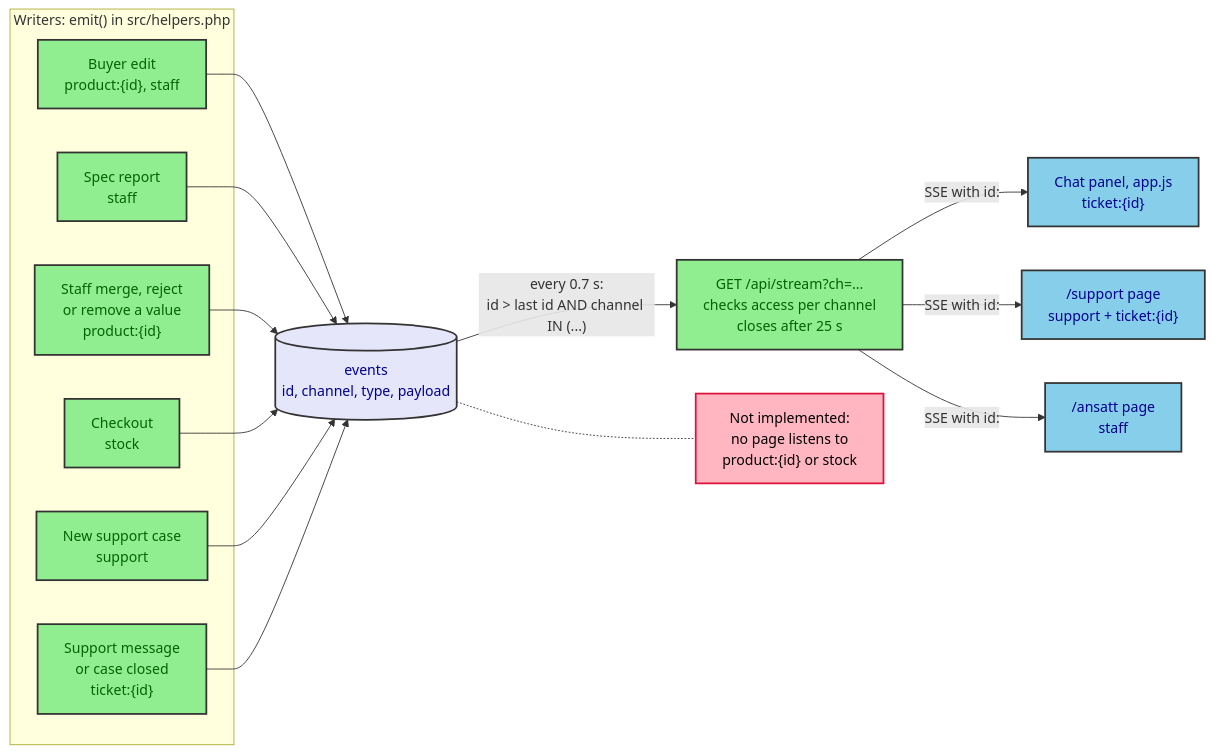
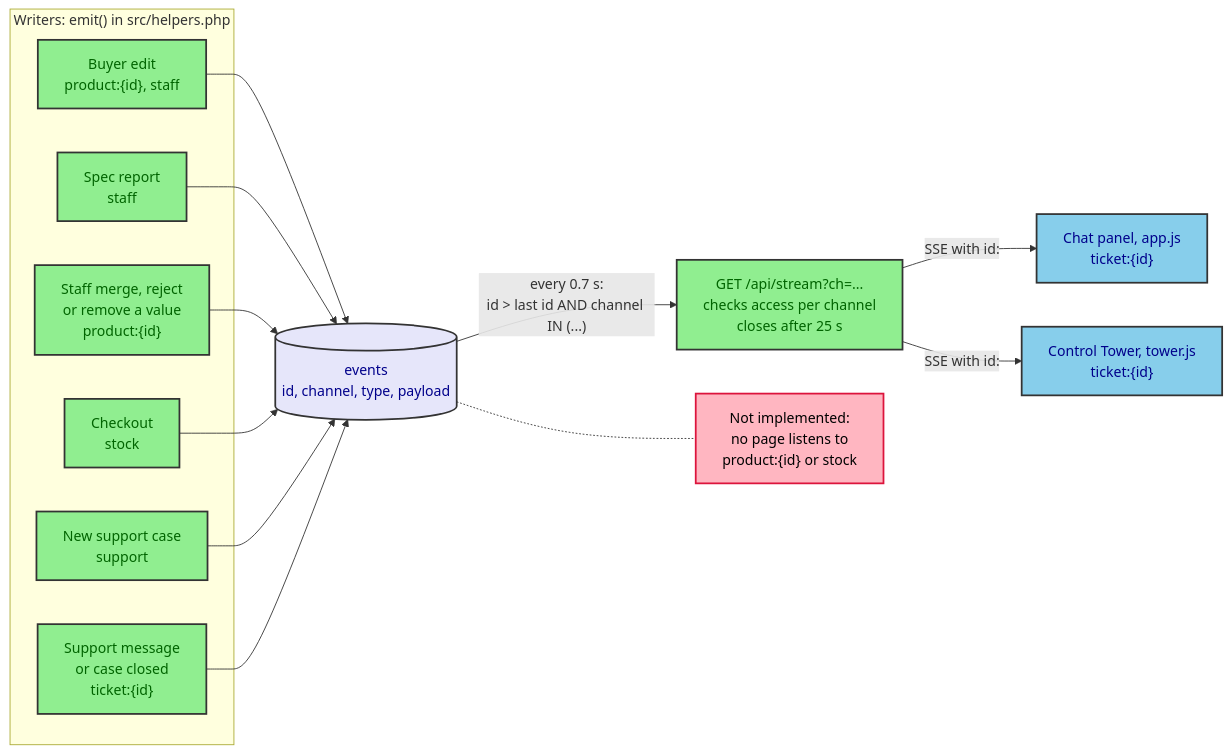
Before and after one commit to dovidee/sorpedia: the sixth of 7 diagrams in docs/architecture/diagrams.md, drawn with Mermaid. The commit also changed other lines of this file and 240 other files, not shown here.

````diff
--- a/docs/architecture/diagrams.md
+++ b/docs/architecture/diagrams.md
@@ -205,32 +205,31 @@
 ```mermaid
 flowchart LR
     subgraph WRITE["Writers: emit() in src/helpers.php"]
         W1["Buyer edit<br/>product:{id}, staff"]
         W2["Spec report<br/>staff"]
         W3["Staff merge, reject<br/>or remove a value<br/>product:{id}"]
         W4["Checkout<br/>stock"]
         W5["New support case<br/>support"]
         W6["Support message<br/>or case closed<br/>ticket:{id}"]
     end
     W1 --> EV[("events<br/>id, channel, type, payload")]
     W2 --> EV
     W3 --> EV
     W4 --> EV
     W5 --> EV
     W6 --> EV
     EV -->|"every 0.7 s:<br/>id > last id AND channel IN (...)"| API["GET /api/stream?ch=...<br/>checks access per channel<br/>closes after 25 s"]
     API -->|"SSE with id:"| R1["Chat panel, app.js<br/>ticket:{id}"]
-    API -->|"SSE with id:"| R2["/support page<br/>support + ticket:{id}"]
-    API -->|"SSE with id:"| R3["/ansatt page<br/>staff"]
+    API -->|"SSE with id:"| R2["Control Tower, tower.js<br/>ticket:{id}"]
     NS["Not implemented:<br/>no page listens to<br/>product:{id} or stock"]
     EV -.- NS
 
     classDef step fill:#90EE90,stroke:#333,stroke-width:2px,color:#006400
     classDef data fill:#E6E6FA,stroke:#333,stroke-width:2px,color:#00008B
     classDef client fill:#87CEEB,stroke:#333,stroke-width:2px,color:#00008B
     classDef gap fill:#FFB6C1,stroke:#DC143C,stroke-width:2px,color:#000000
     class W1,W2,W3,W4,W5,W6,API step
     class EV data
-    class R1,R2,R3 client
+    class R1,R2 client
     class NS gap
 ```
````
